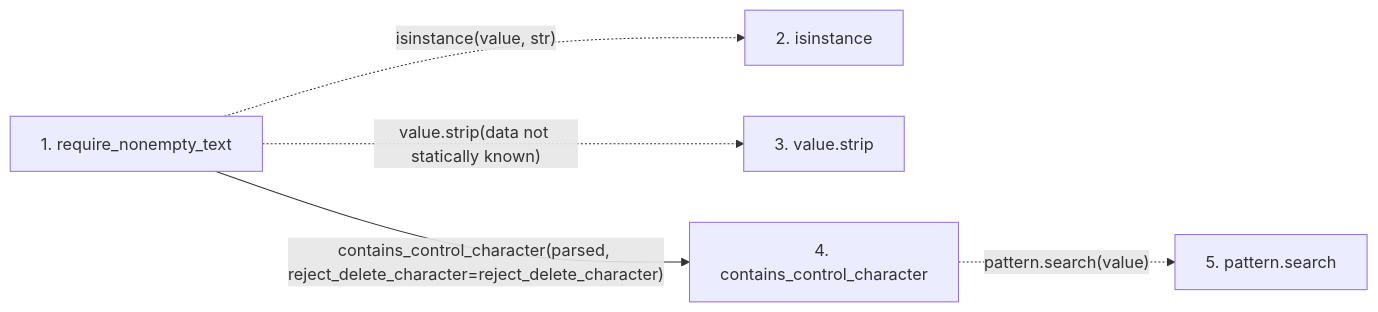
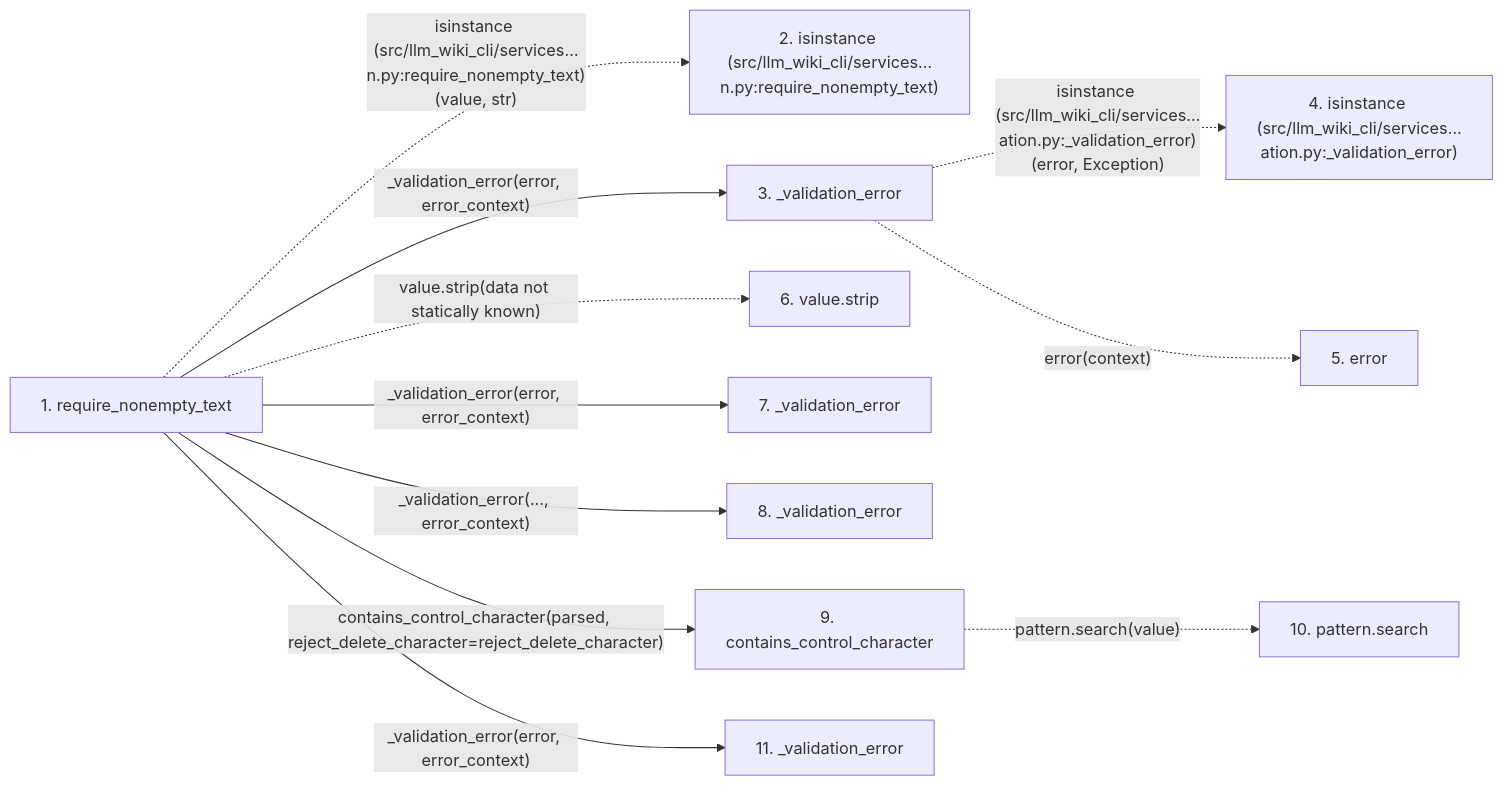
Before and after one commit to Denissvgn/python-wiki-llm: the second of 2 diagrams in docs/llm_wiki/flows/api-require_nonempty_text.md, drawn with Mermaid. The commit also changed other lines of this file and 627 other files, not shown here.

````diff
--- a/docs/llm_wiki/flows/api-require_nonempty_text.md
+++ b/docs/llm_wiki/flows/api-require_nonempty_text.md
@@ -42,14 +51,30 @@
 ```mermaid
 flowchart LR
     s1["1. require_nonempty_text"]
-    s2["2. isinstance"]
-    s3["3. value.strip"]
-    s4["4. contains_control_character"]
-    s5["5. pattern.search"]
-    s1 -. "isinstance(value, str)" .-> s2
-    s1 -. "value.strip(data not statically known)" .-> s3
-    s1 -->|"contains_control_character(parsed, reject_delete_character=reject_delete_character)"| s4
-    s4 -. "pattern.search(value)" .-> s5
+    s2["2. isinstance (src/llm_wiki_cli/services…n.py:require_nonempty_text)"]
+    s3["3. _validation_error"]
+    s4["4. isinstance (src/llm_wiki_cli/services…ation.py:_validation_error)"]
+    s5["5. error"]
+    s6["6. value.strip"]
+    s7["7. _validation_error"]
+    s8["8. _validation_error"]
+    s9["9. contains_control_character"]
+    s10["10. pattern.search"]
+    s11["11. _validation_error"]
+    s1 -. "isinstance (src/llm_wiki_cli/services…n.py:require_nonempty_text)(value, str)" .-> s2
+    s1 -->|"_validation_error(error, error_context)"| s3
+    s3 -. "isinstance (src/llm_wiki_cli/services…ation.py:_validation_error)(error, Exception)" .-> s4
+    s3 -. "error(context)" .-> s5
+    s1 -. "value.strip(data not statically known)" .-> s6
+    s1 -->|"_validation_error(error, error_context)"| s7
+    s1 -->|"_validation_error(..., error_context)"| s8
+    s1 -->|"contains_control_character(parsed, reject_delete_character=reject_delete_character)"| s9
+    s9 -. "pattern.search(value)" .-> s10
+    s1 -->|"_validation_error(error, error_context)"| s11
     click s1 "../modules/validation.md"
-    click s4 "../modules/validation.md"
+    click s3 "../modules/validation.md"
+    click s7 "../modules/validation.md"
+    click s8 "../modules/validation.md"
+    click s9 "../modules/validation.md"
+    click s11 "../modules/validation.md"
 ```
````
